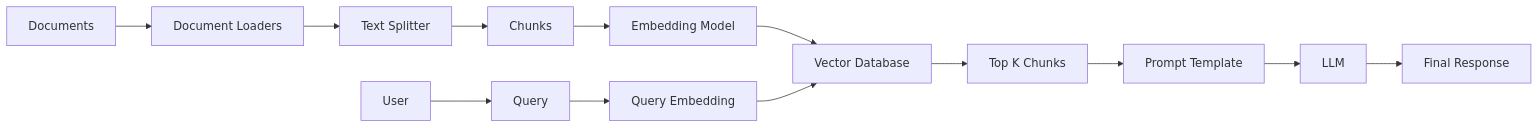
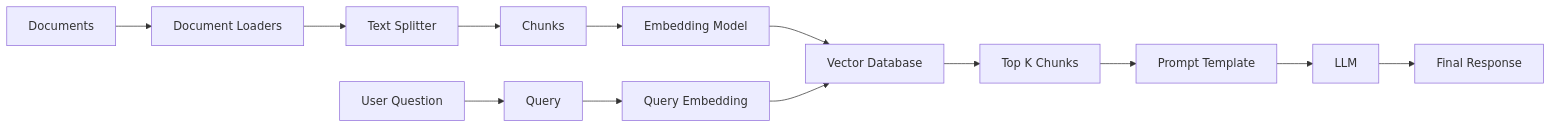
The first of 8 diagrams in 14 Important Components and Modules in Langchain/README.md (udityamerit/Complete-Generative-AI-With-Langchain-and-Huggingface), drawn with Mermaid before and after one commit. The commit also changed 1 other file, not shown here.

Commit message:
adding the code for introduction to the ollama embedding

````diff
--- a/14 Important Components and Modules in Langchain/README.md
+++ b/14 Important Components and Modules in Langchain/README.md
@@ -82,27 +82,17 @@
 ```mermaid
 flowchart LR
+    A[Documents] --> B[Document Loaders]
+    B --> C[Text Splitter]
+    C --> D[Chunks]
+    D --> E[Embedding Model]
+    E --> F[Vector Database]
 
-A[Documents] --> B[Document Loaders]
+    U[User Question] --> G[Query]
+    G --> H[Query Embedding]
+    H --> F
 
-B --> C[Text Splitter]
-
-C --> D[Chunks]
-
-D --> E[Embedding Model]
-
-E --> F[Vector Database]
-
-User --> G[Query]
-
-G --> H[Query Embedding]
-
-H --> F
-
-F --> I[Top K Chunks]
-
-I --> J[Prompt Template]
-
-J --> K[LLM]
-
-K --> L[Final Response]
+    F --> I[Top K Chunks]
+    I --> J[Prompt Template]
+    J --> K[LLM]
+    K --> L[Final Response]
 ```
````
